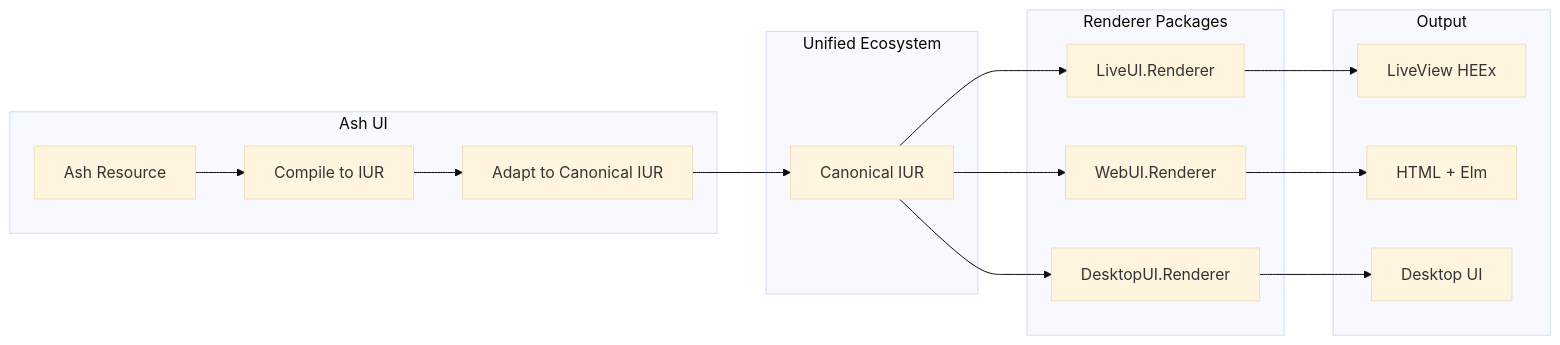
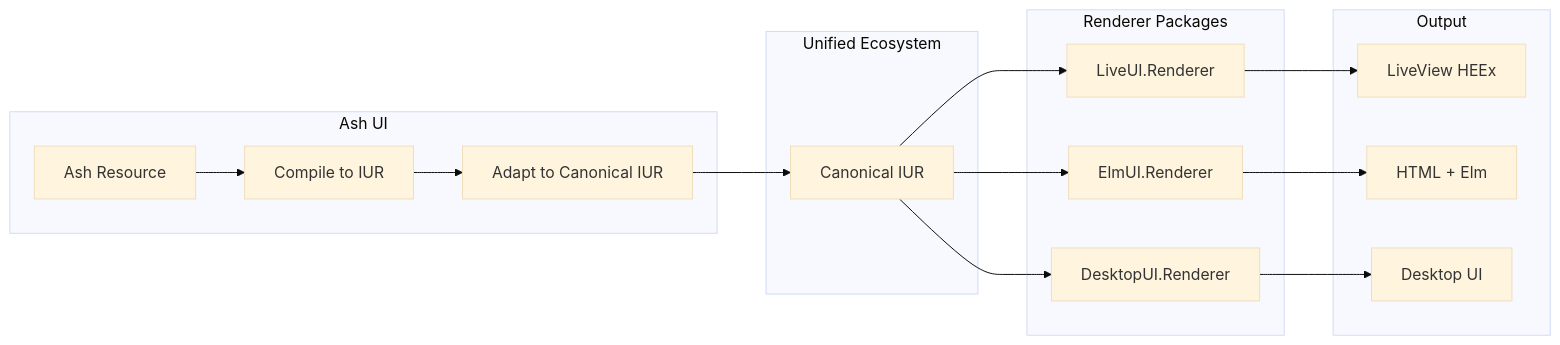
One commit to The-Metagraph/ash_ui changed the second of 2 diagrams in specs/rendering/README.md. Above: the diagram before and after it, drawn with Mermaid (base theme). The commit also changed other lines of this file and 10 other files, not shown here.

````diff
--- a/specs/rendering/README.md
+++ b/specs/rendering/README.md
@@ -89,29 +89,29 @@
 ```mermaid
 flowchart LR
     subgraph AshUI["Ash UI"]
         Resource["Ash Resource"]
         Compile["Compile to IUR"]
         Adapt["Adapt to Canonical IUR"]
     end
 
     subgraph Unified["Unified Ecosystem"]
         Canonical["Canonical IUR"]
     end
 
     subgraph Renderers["Renderer Packages"]
         Live["LiveUI.Renderer"]
-        Web["WebUI.Renderer"]
+        Web["ElmUI.Renderer"]
         Desktop["DesktopUI.Renderer"]
     end
 
     subgraph Output["Output"]
         LV["LiveView HEEx"]
         HTML["HTML + Elm"]
         Native["Desktop UI"]
     end
 
     Resource --> Compile --> Adapt --> Canonical
     Canonical --> Live --> LV
     Canonical --> Web --> HTML
     Canonical --> Desktop --> Native
 ```
````
